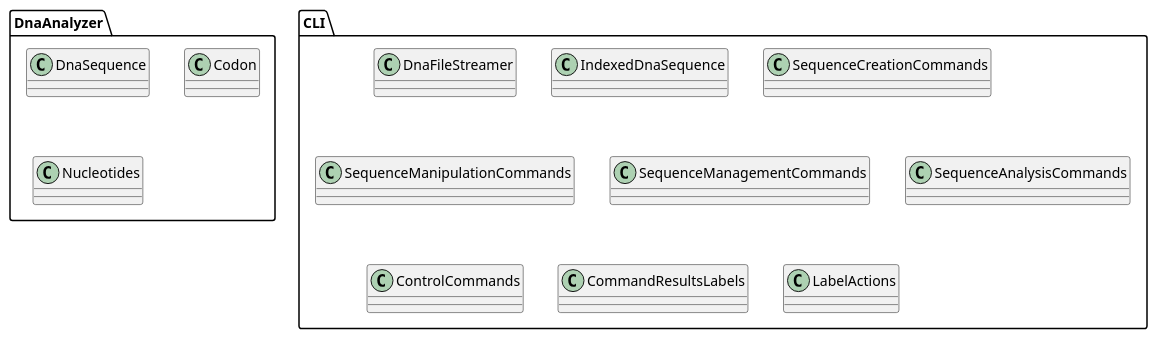
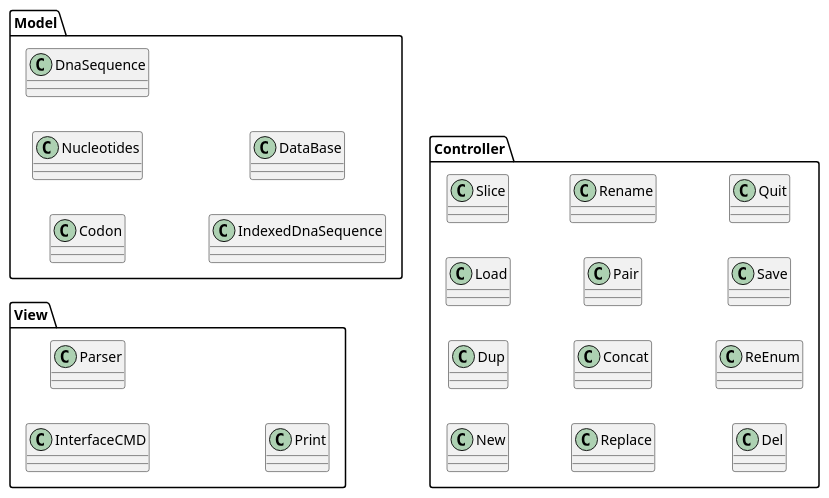
The diagram in docs/UML-Package.md (samikadry/DNA-Analyzer-Project), drawn with PlantUML before and after one commit. The commit also changed 4 other files, not shown here.

````diff
--- a/docs/UML-Package.md
+++ b/docs/UML-Package.md
@@ -3,23 +3,36 @@
 ```plantuml
 @startuml
 !pragma useNewPackage
+left to right direction
+
 set separator none
-package DnaAnalyzer {
-  class DnaSequence
+package View{
+  class InterfaceCMD
+  class Parser
+  class Print
+}
+
+package Model{
   class Codon
   class Nucleotides
+  class DnaSequence
+  class IndexedDnaSequence
+  class DataBase
 }
 
-package CLI {
-  class DnaFileStreamer
-  class IndexedDnaSequence
-  class SequenceCreationCommands
-  class SequenceManipulationCommands
-  class SequenceManagementCommands
-  class SequenceAnalysisCommands
-  class ControlCommands
-  class CommandResultsLabels
-  class LabelActions
+package Controller{
+  class New
+  class Dup
+  class Load
+  class Slice
+  class Replace
+  class Concat
+  class Pair
+  class Rename
+  class Del
+  class ReEnum
+  class Save
+  class Quit
 }
 @enduml
 ```
````
